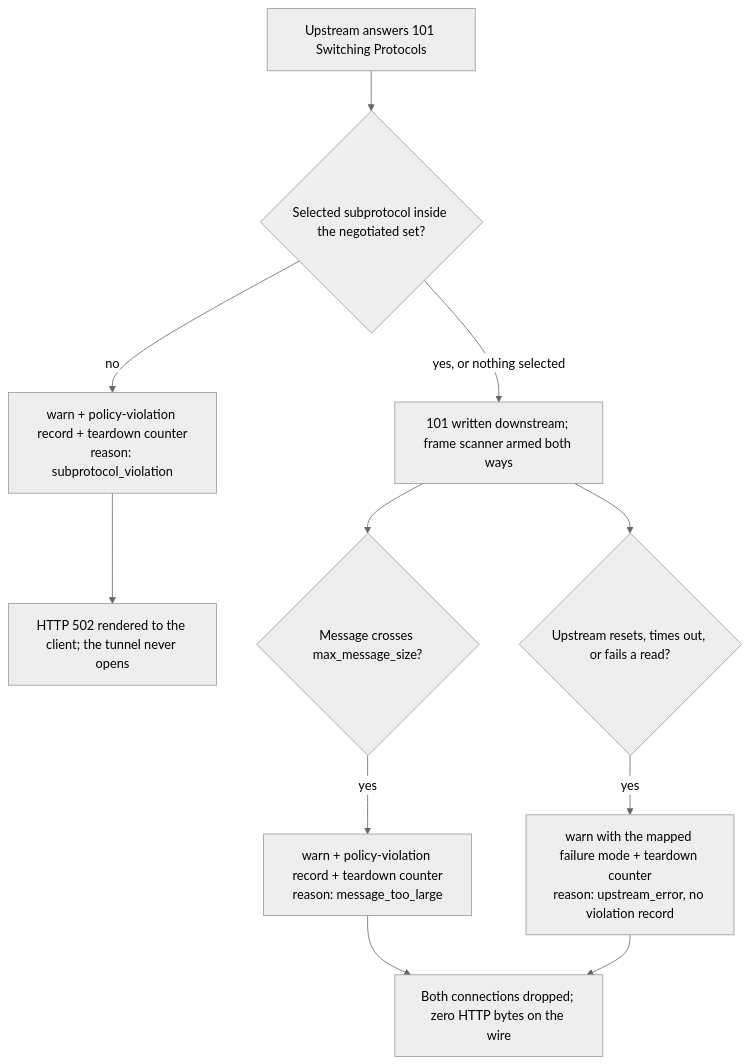
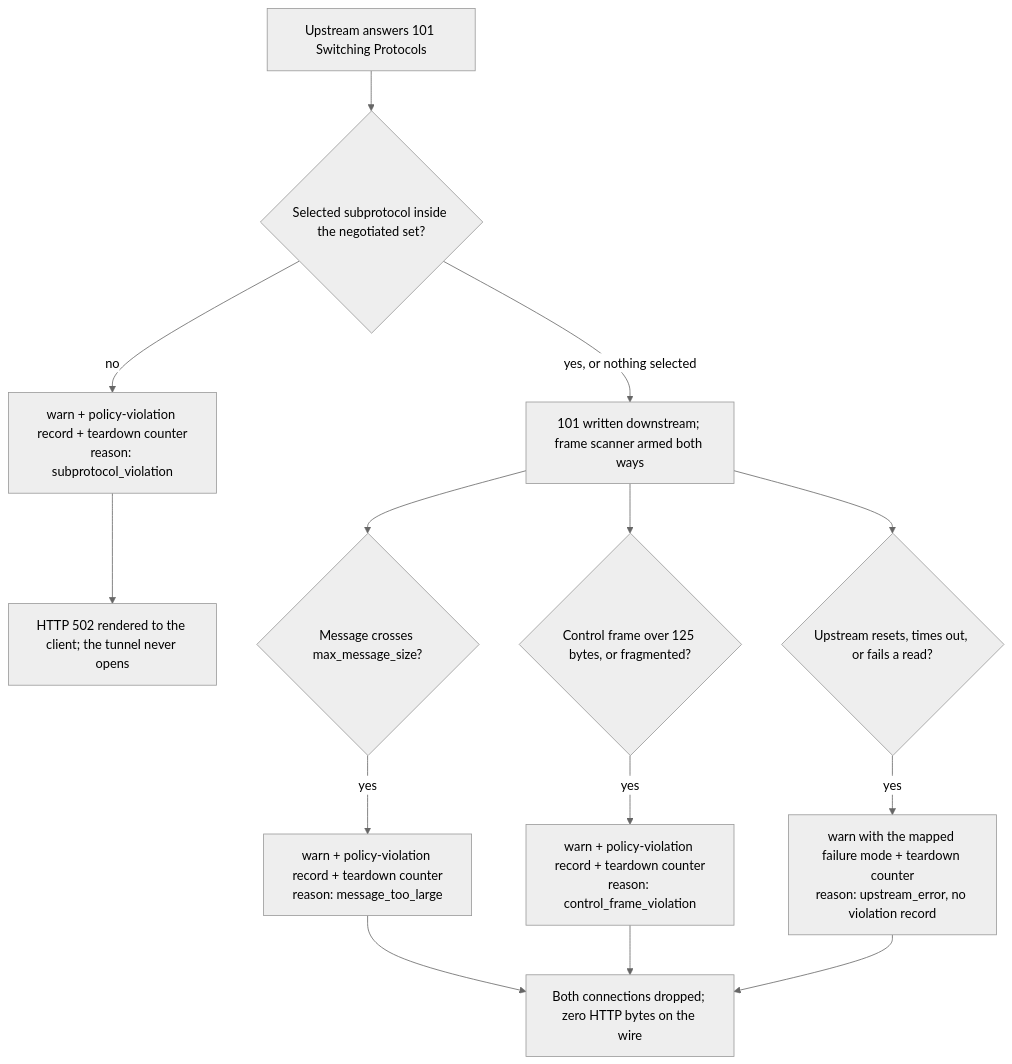
The diagram in docs/websocket.md (scdonnelly/sbproxy), drawn with Mermaid (neutral theme) before and after one commit. The commit also changed other lines of this file and 24 other files, not shown here.

````diff
--- a/docs/websocket.md
+++ b/docs/websocket.md
@@ -85,13 +86,16 @@
 ```mermaid
 flowchart TD
     A[Upstream answers 101 Switching Protocols] --> B{Selected subprotocol inside the negotiated set?}
     B -->|no| C["warn + policy-violation record + teardown counter<br/>reason: subprotocol_violation"]
     C --> D["HTTP 502 rendered to the client; the tunnel never opens"]
     B -->|yes, or nothing selected| E["101 written downstream; frame scanner armed both ways"]
     E --> F{Message crosses max_message_size?}
     F -->|yes| G["warn + policy-violation record + teardown counter<br/>reason: message_too_large"]
     G --> H["Both connections dropped; zero HTTP bytes on the wire"]
+    E --> K{"Control frame over 125 bytes, or fragmented?"}
+    K -->|yes| L["warn + policy-violation record + teardown counter<br/>reason: control_frame_violation"]
+    L --> H
     E --> I{Upstream resets, times out, or fails a read?}
     I -->|yes| J["warn with the mapped failure mode + teardown counter<br/>reason: upstream_error, no violation record"]
     J --> H
 ```
````
